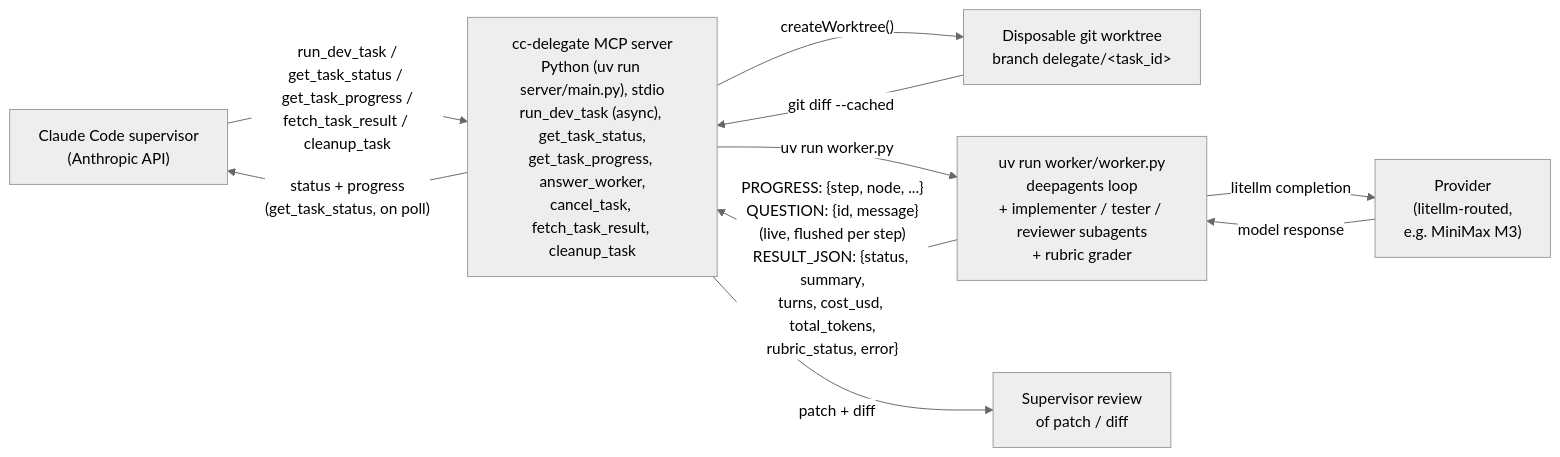
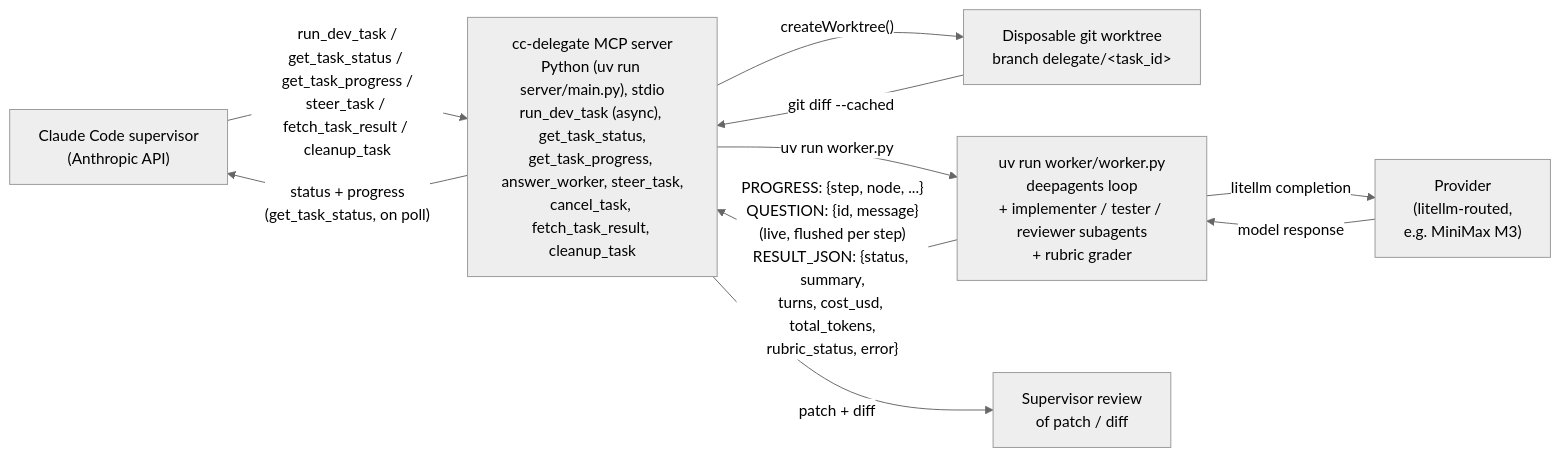
The diagram in README.md (EtienneLescot/cc-delegate), drawn with Mermaid (neutral theme) before and after one commit. The commit also changed other lines of this file and 1 other file, not shown here.

````diff
--- a/README.md
+++ b/README.md
@@ -41,19 +171,19 @@
 ```mermaid
 flowchart LR
   Supervisor["Claude Code supervisor<br/>(Anthropic API)"]
-  MCP["cc-delegate MCP server<br/>Python (uv run server/main.py), stdio<br/>run_dev_task (async), get_task_status,<br/>get_task_progress, answer_worker,<br/>cancel_task, fetch_task_result, cleanup_task"]
+  MCP["cc-delegate MCP server<br/>Python (uv run server/main.py), stdio<br/>run_dev_task (async), get_task_status,<br/>get_task_progress, answer_worker, steer_task,<br/>cancel_task, fetch_task_result, cleanup_task"]
   Worktree["Disposable git worktree<br/>branch delegate/&lt;task_id&gt;"]
   Worker["uv run worker/worker.py<br/>deepagents loop<br/>+ implementer / tester / reviewer subagents<br/>+ rubric grader"]
   Provider["Provider<br/>(litellm-routed,<br/>e.g. MiniMax M3)"]
   Review["Supervisor review<br/>of patch / diff"]
 
-  Supervisor -->|"run_dev_task /<br/>get_task_status / get_task_progress /<br/>fetch_task_result / cleanup_task"| MCP
+  Supervisor -->|"run_dev_task /<br/>get_task_status / get_task_progress /<br/>steer_task / fetch_task_result / cleanup_task"| MCP
   MCP -->|"createWorktree()"| Worktree
   MCP -->|"uv run worker.py"| Worker
   Worker -->|"litellm completion"| Provider
   Provider -->|"model response"| Worker
   Worker -->|"PROGRESS: {step, node, ...}<br/>QUESTION: {id, message}<br/>(live, flushed per step)<br/>RESULT_JSON: {status, summary,<br/>turns, cost_usd, total_tokens,<br/>rubric_status, error}"| MCP
   MCP -->|"status + progress<br/>(get_task_status, on poll)"| Supervisor
   Worktree -->|"git diff --cached"| MCP
   MCP -->|"patch + diff"| Review
 ```
````
